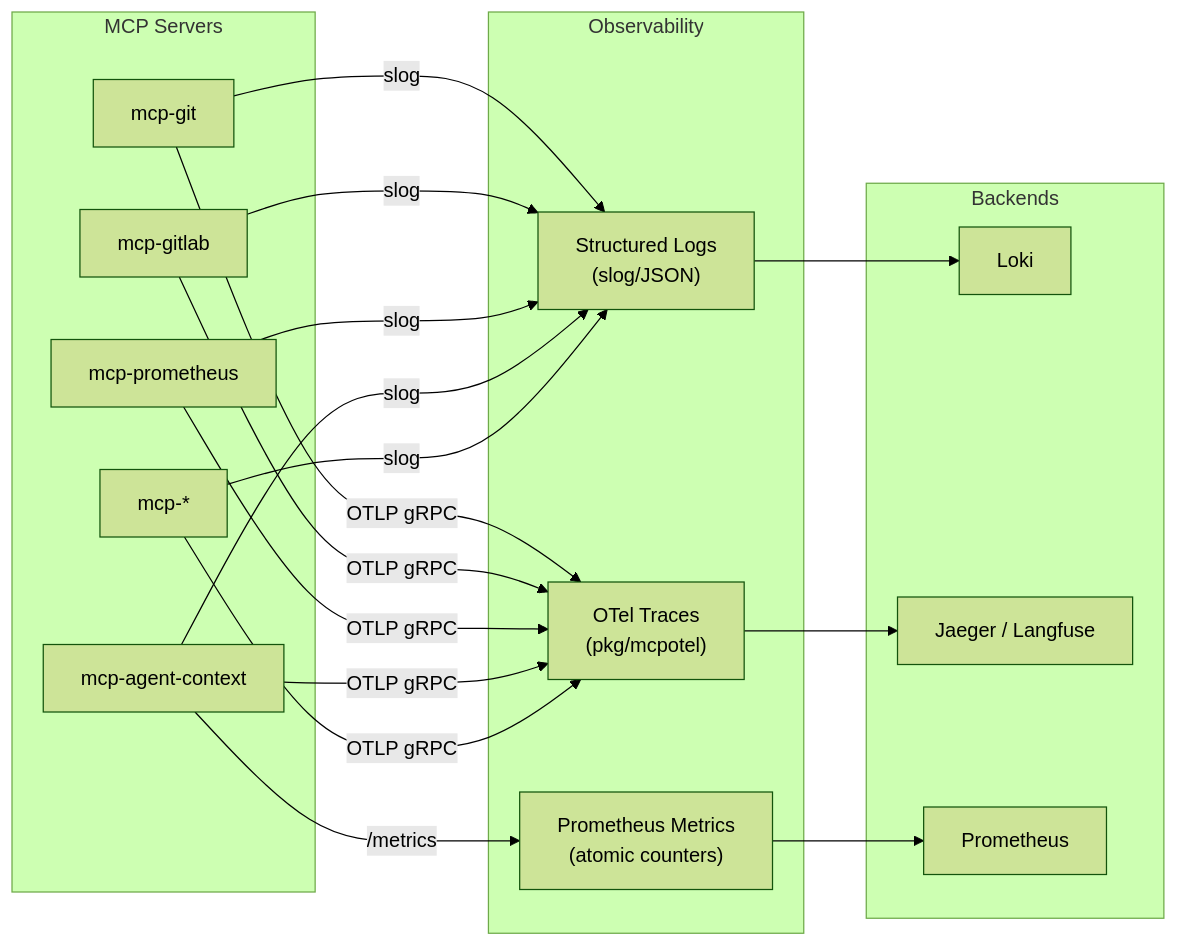
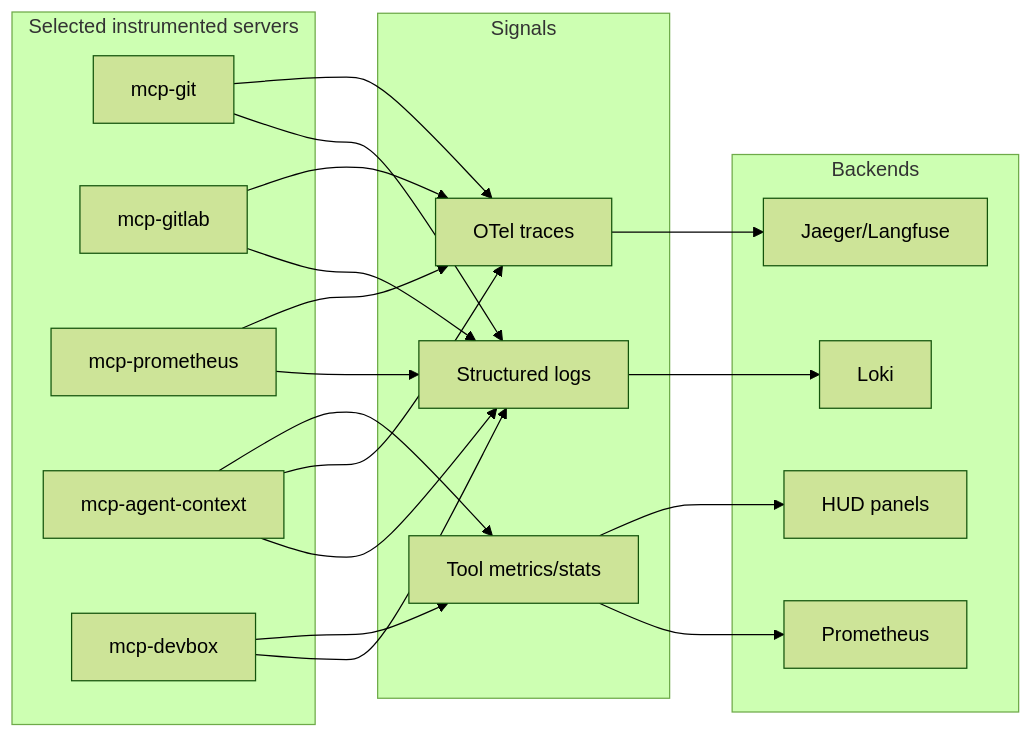
One commit to flexinfer/flexinfer changed the fifth of 5 diagrams in docs/ARCHITECTURE.md. Above: the diagram before and after it, drawn with Mermaid (forest theme). The commit also changed other lines of this file and 21 other files, not shown here.

````diff
--- a/docs/ARCHITECTURE.md
+++ b/docs/ARCHITECTURE.md
@@ -124,26 +143,28 @@
 ```mermaid
 flowchart LR
-  subgraph MCPServers[MCP Servers]
-    Git["mcp-git"]
-    GL["mcp-gitlab"]
-    Prom["mcp-prometheus"]
-    AC["mcp-agent-context"]
-    Others["mcp-*"]
+  subgraph Servers[Selected instrumented servers]
+    Git[mcp-git]
+    GitLab[mcp-gitlab]
+    Prom[mcp-prometheus]
+    AgentContext[mcp-agent-context]
+    Devbox[mcp-devbox]
   end
 
-  subgraph Observability
-    Logs["Structured Logs<br/>(slog/JSON)"]
-    Traces["OTel Traces<br/>(pkg/mcpotel)"]
-    Metrics["Prometheus Metrics<br/>(atomic counters)"]
+  subgraph Signals
+    Logs[Structured logs]
+    Traces[OTel traces]
+    Stats[Tool metrics/stats]
   end
 
   subgraph Backends
-    Loki["Loki"]
-    Jaeger["Jaeger / Langfuse"]
-    PromBE["Prometheus"]
+    Loki[Loki]
+    Jaeger[Jaeger/Langfuse]
+    Prometheus[Prometheus]
+    HUD[HUD panels]
   end
 
-  Git & GL & Prom & AC & Others -->|slog| Logs --> Loki
-  Git & GL & Prom & AC & Others -->|OTLP gRPC| Traces --> Jaeger
-  AC -->|/metrics| Metrics --> PromBE
+  Git & GitLab & Prom & AgentContext & Devbox --> Logs --> Loki
+  Git & GitLab & Prom & AgentContext --> Traces --> Jaeger
+  AgentContext --> Stats --> Prometheus
+  Devbox --> Stats --> HUD
 ```
````
